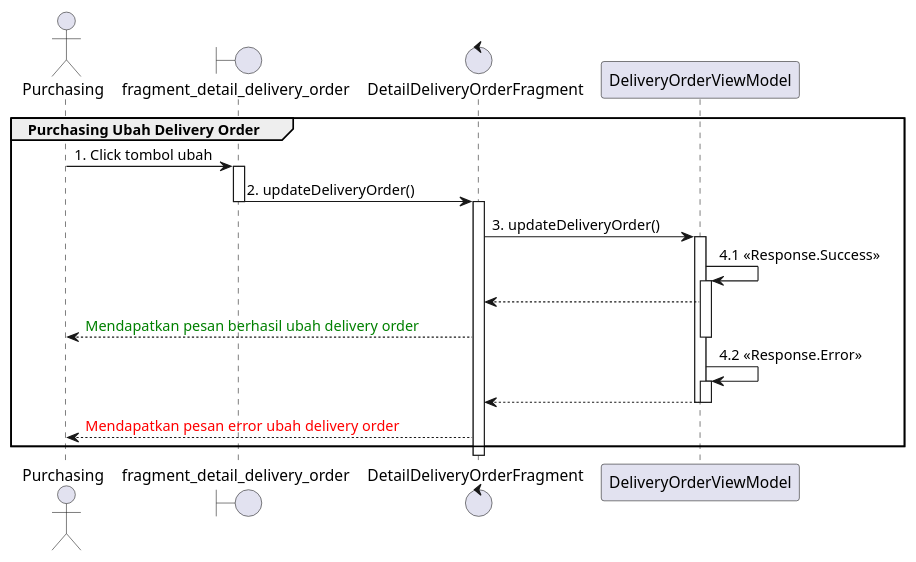
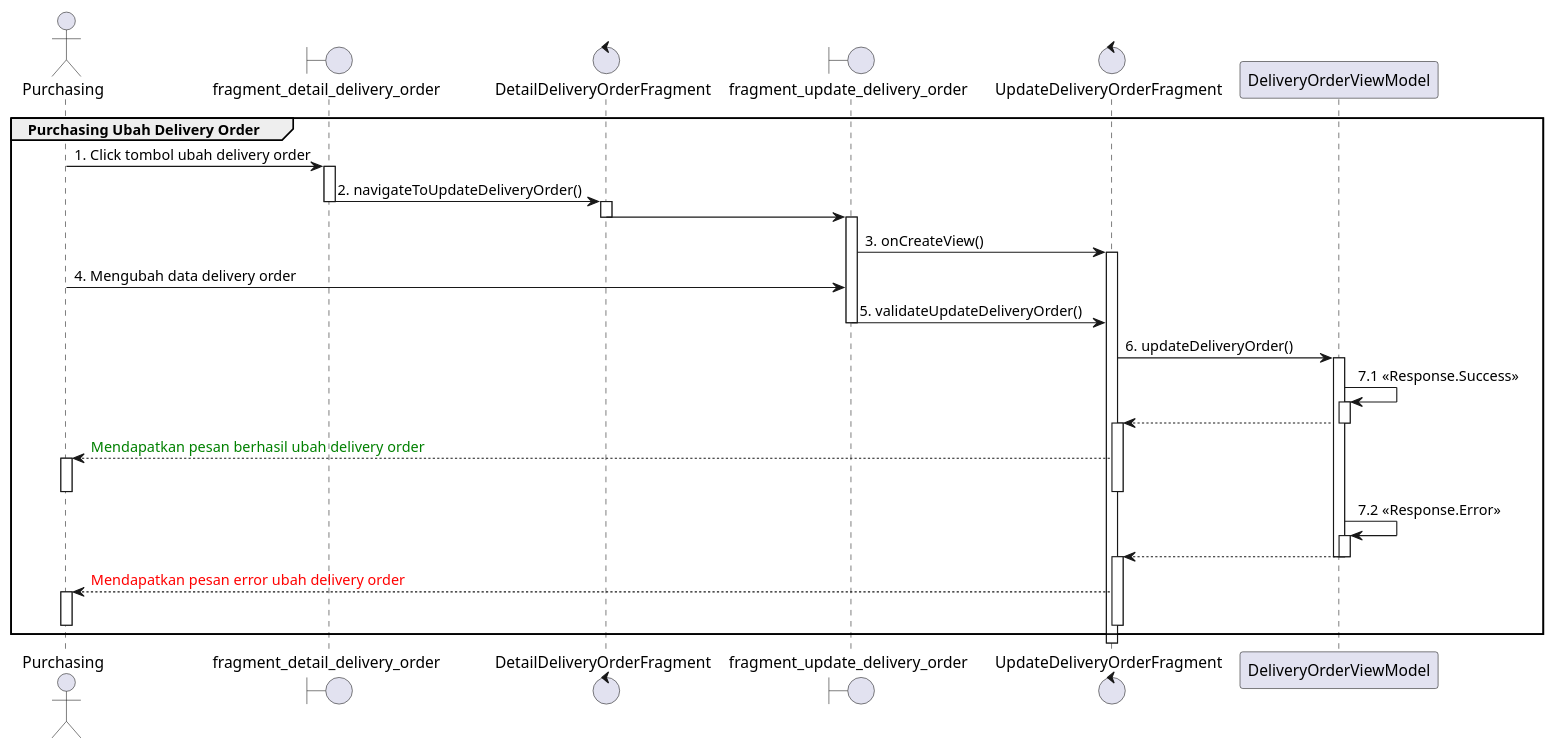
The diagram in app/src/main/java/com/android/burdacontractor/diagram/sequencediagram/UbahDeliveryOrderSequence.puml (Pangeranmw/BurdaContractorAndroid), drawn with PlantUML before and after one commit. The commit also changed 33 other files, not shown here.

Commit message:
Sequence Diagram Done

```diff
--- a/app/src/main/java/com/android/burdacontractor/diagram/sequencediagram/UbahDeliveryOrderSequence.puml
+++ b/app/src/main/java/com/android/burdacontractor/diagram/sequencediagram/UbahDeliveryOrderSequence.puml
@@ -1,35 +1,52 @@
 @startuml
 'https://plantuml.com/sequence-diagram
 
 group Purchasing Ubah Delivery Order
     actor       Purchasing
     boundary    fragment_detail_delivery_order
     control     DetailDeliveryOrderFragment
+    boundary    fragment_update_delivery_order
+    control     UpdateDeliveryOrderFragment
 
-    Purchasing -> fragment_detail_delivery_order : 1. Click tombol ubah
+    Purchasing -> fragment_detail_delivery_order : 1. Click tombol ubah delivery order
+
     activate fragment_detail_delivery_order
-
-    fragment_detail_delivery_order -> DetailDeliveryOrderFragment : 2. updateDeliveryOrder()
+    fragment_detail_delivery_order -> DetailDeliveryOrderFragment : 2. navigateToUpdateDeliveryOrder()
     deactivate fragment_detail_delivery_order
 
     activate DetailDeliveryOrderFragment
-    DetailDeliveryOrderFragment -> DeliveryOrderViewModel : 3. updateDeliveryOrder()
+    DetailDeliveryOrderFragment -> fragment_update_delivery_order
+    deactivate DetailDeliveryOrderFragment
+    activate fragment_update_delivery_order
+    fragment_update_delivery_order -> UpdateDeliveryOrderFragment : 3. onCreateView()
+    activate UpdateDeliveryOrderFragment
+    Purchasing -> fragment_update_delivery_order : 4. Mengubah data delivery order
+    fragment_update_delivery_order -> UpdateDeliveryOrderFragment : 5. validateUpdateDeliveryOrder()
+    deactivate fragment_update_delivery_order
+
+    UpdateDeliveryOrderFragment -> DeliveryOrderViewModel : 6. updateDeliveryOrder()
     activate DeliveryOrderViewModel
-    DeliveryOrderViewModel -> DeliveryOrderViewModel : 4.1 <<Response.Success>>
+    DeliveryOrderViewModel -> DeliveryOrderViewModel : 7.1 <<Response.Success>>
     activate DeliveryOrderViewModel
-    DetailDeliveryOrderFragment <-- DeliveryOrderViewModel
-    Purchasing <-- DetailDeliveryOrderFragment :  <font color=green>Mendapatkan pesan berhasil ubah delivery order
+    UpdateDeliveryOrderFragment <-- DeliveryOrderViewModel
     deactivate DeliveryOrderViewModel
+    activate UpdateDeliveryOrderFragment
+    Purchasing <-- UpdateDeliveryOrderFragment :  <font color=green>Mendapatkan pesan berhasil ubah delivery order
+    activate Purchasing
+    deactivate Purchasing
+    deactivate UpdateDeliveryOrderFragment
 
-    DeliveryOrderViewModel -> DeliveryOrderViewModel : 4.2 <<Response.Error>>
+    DeliveryOrderViewModel -> DeliveryOrderViewModel : 7.2 <<Response.Error>>
     activate DeliveryOrderViewModel
 
-    DetailDeliveryOrderFragment <-- DeliveryOrderViewModel
+    UpdateDeliveryOrderFragment <-- DeliveryOrderViewModel
 
     deactivate DeliveryOrderViewModel
     deactivate DeliveryOrderViewModel
-
-    Purchasing <-- DetailDeliveryOrderFragment : <font color=red>Mendapatkan pesan error ubah delivery order
-
+    activate UpdateDeliveryOrderFragment
+    Purchasing <-- UpdateDeliveryOrderFragment : <font color=red>Mendapatkan pesan error ubah delivery order
+    activate Purchasing
+    deactivate Purchasing
+    deactivate UpdateDeliveryOrderFragment
 end
 @enduml
```
